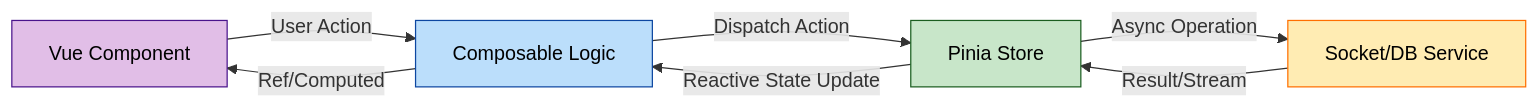
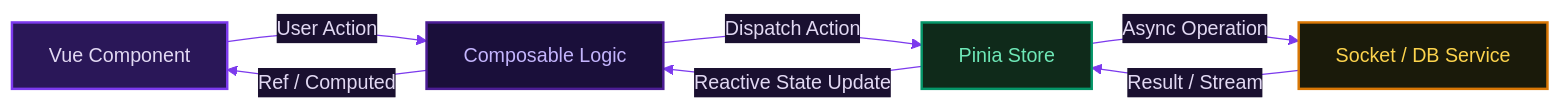
The third of 5 diagrams in README.md (BabaDeluxe/babadeluxe-webview), drawn with Mermaid before and after one commit. The commit also changed other lines of this file, not shown here.

Commit message:
docs: :art: Applied consistent dark purple cyberpunk theme to all Mermaid diagrams

````diff
--- a/README.md
+++ b/README.md
@@ -85,19 +87,20 @@
 ```mermaid
+%%{init: {'theme': 'base', 'themeVariables': {'background': '#13111a', 'primaryColor': '#2a1758', 'primaryTextColor': '#e2d9f3', 'primaryBorderColor': '#7c3aed', 'lineColor': '#7c3aed', 'edgeLabelBackground': '#1a1030', 'clusterBkg': '#1a1030', 'clusterBorder': '#4c1d95', 'titleColor': '#e2d9f3', 'fontFamily': 'monospace'}}}%%
 flowchart LR
-    classDef view fill:#e1bee7,stroke:#4a148c,color:#000
-    classDef logic fill:#bbdefb,stroke:#0d47a1,color:#000
-    classDef state fill:#c8e6c9,stroke:#1b5e20,color:#000
-    classDef infra fill:#ffecb3,stroke:#ff6f00,color:#000
+    classDef view fill:#2a1758,stroke:#7c3aed,stroke-width:2px,color:#e2d9f3
+    classDef logic fill:#1a0f3a,stroke:#4c1d95,stroke-width:2px,color:#c4b5fd
+    classDef state fill:#0f2a1a,stroke:#059669,stroke-width:2px,color:#6ee7b7
+    classDef infra fill:#1a1a0a,stroke:#d97706,stroke-width:2px,color:#fcd34d
 
     View[Vue Component]:::view
     Composable[Composable Logic]:::logic
     Store[Pinia Store]:::state
-    Service[Socket/DB Service]:::infra
+    Service[Socket / DB Service]:::infra
 
     View -->|User Action| Composable
     Composable -->|Dispatch Action| Store
     Store -->|Async Operation| Service
-    Service -->|Result/Stream| Store
+    Service -->|Result / Stream| Store
     Store -->|Reactive State Update| Composable
-    Composable -->|Ref/Computed| View
+    Composable -->|Ref / Computed| View
 ```
````
